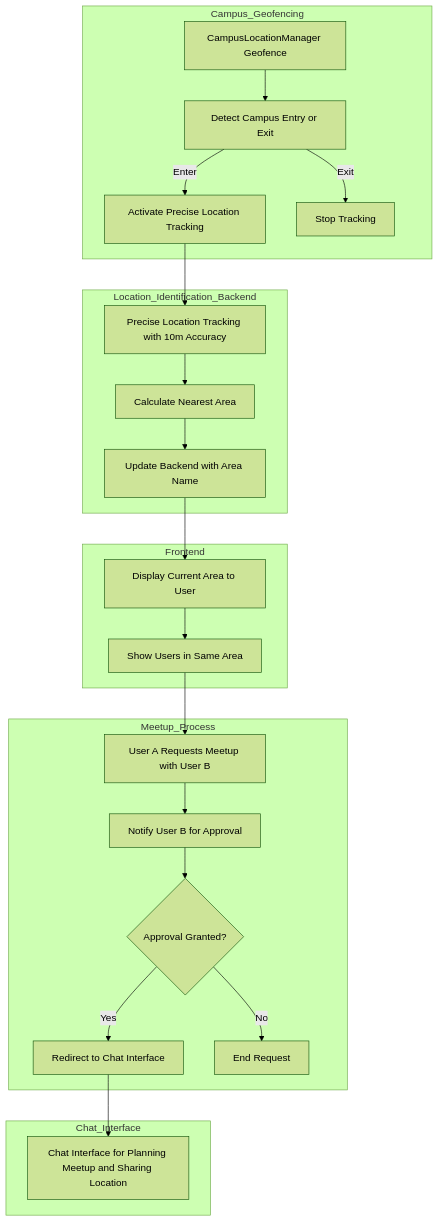
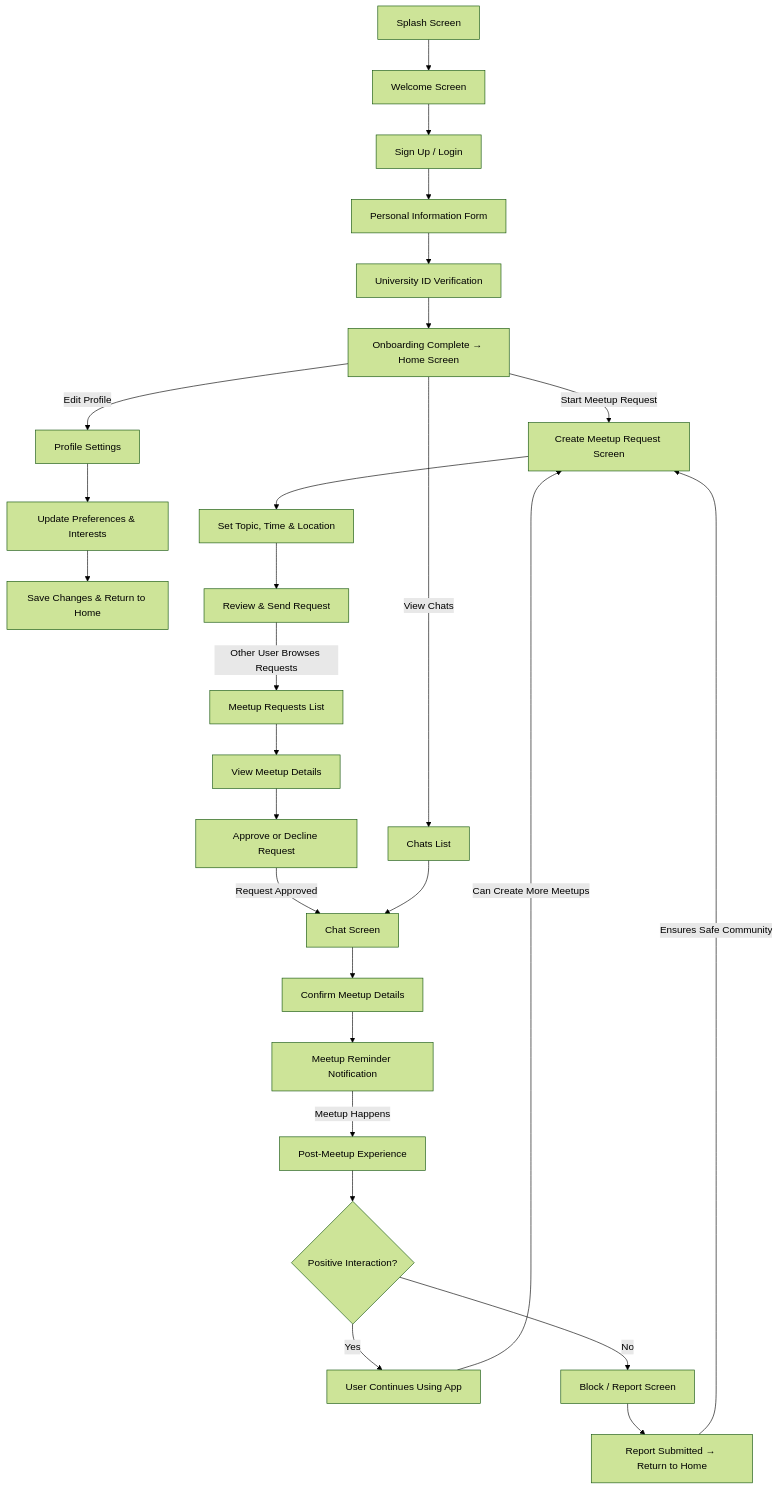
Before and after one commit to psycho-baller/Orbit: the diagram in docs/CONTRIBUTING.md, drawn with Mermaid (forest theme). The commit also changed other lines of this file, not shown here.

Commit message:
updated mermaid chart to match the new user flow

````diff
--- a/docs/CONTRIBUTING.md
+++ b/docs/CONTRIBUTING.md
@@ -9,42 +9,29 @@
 ```mermaid
 flowchart TD
- subgraph Campus_Geofencing["Campus_Geofencing"]
-        D["Detect Campus Entry or Exit"]
-        C["CampusLocationManager Geofence"]
-        E["Activate Precise Location Tracking"]
-        F["Stop Tracking"]
-  end
- subgraph Location_Identification["Location_Identification_Backend"]
-        H["Calculate Nearest Area"]
-        G["Precise Location Tracking with 10m Accuracy"]
-        I["Update Backend with Area Name"]
-  end
- subgraph Frontend["Frontend"]
-        J["Display Current Area to User"]
-        K["Show Users in Same Area"]
-  end
- subgraph Meetup_Process["Meetup_Process"]
-        L["User A Requests Meetup with User B"]
-        M["Notify User B for Approval"]
-        N{"Approval Granted?"}
-        O["Redirect to Chat Interface"]
-        P["End Request"]
-  end
- subgraph Chat_Interface["Chat_Interface"]
-        Q["Chat Interface for Planning Meetup and Sharing Location"]
-  end
-    C --> D
-    D -- Enter --> E
-    D -- Exit --> F
-    G --> H
-    H --> I
-    I --> J
-    J --> K
-    K --> L
-    L --> M
-    M --> N
-    N -- Yes --> O
-    N -- No --> P
-    O --> Q
-    E --> G
+    A["Splash Screen"] --> B["Welcome Screen"]
+    B --> C["Sign Up / Login"]
+    C --> D["Personal Information Form"]
+    D --> E["University ID Verification"]
+    E --> F["Onboarding Complete → Home Screen"]
+    F -- Edit Profile --> G["Profile Settings"]
+    F -- Start Meetup Request --> J["Create Meetup Request Screen"]
+    F -- View Chats --> X["Chats List"]
+    G --> H["Update Preferences & Interests"]
+    H --> I["Save Changes & Return to Home"]
+    J --> K["Set Topic, Time & Location"]
+    K --> L["Review & Send Request"]
+    L -- Other User Browses Requests --> M["Meetup Requests List"]
+    M --> N["View Meetup Details"]
+    N --> O["Approve or Decline Request"]
+    O -- Request Approved --> P["Chat Screen"]
+    X --> P
+    P --> Q["Confirm Meetup Details"]
+    Q --> R["Meetup Reminder Notification"]
+    R -- Meetup Happens --> S["Post-Meetup Experience"]
+    S --> T{"Positive Interaction?"}
+    T -- Yes --> U["User Continues Using App"]
+    T -- No --> V["Block / Report Screen"]
+    V --> W["Report Submitted → Return to Home"]
+    U -- Can Create More Meetups --> J
+    W -- Ensures Safe Community --> J
 ```
````
